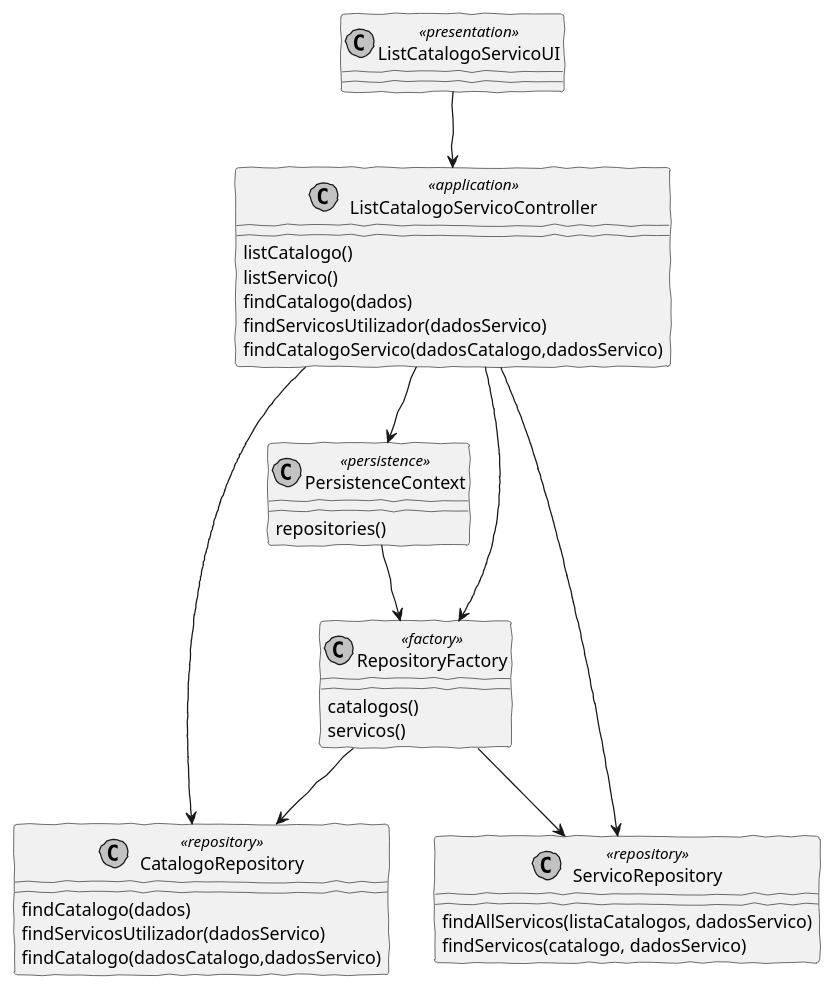
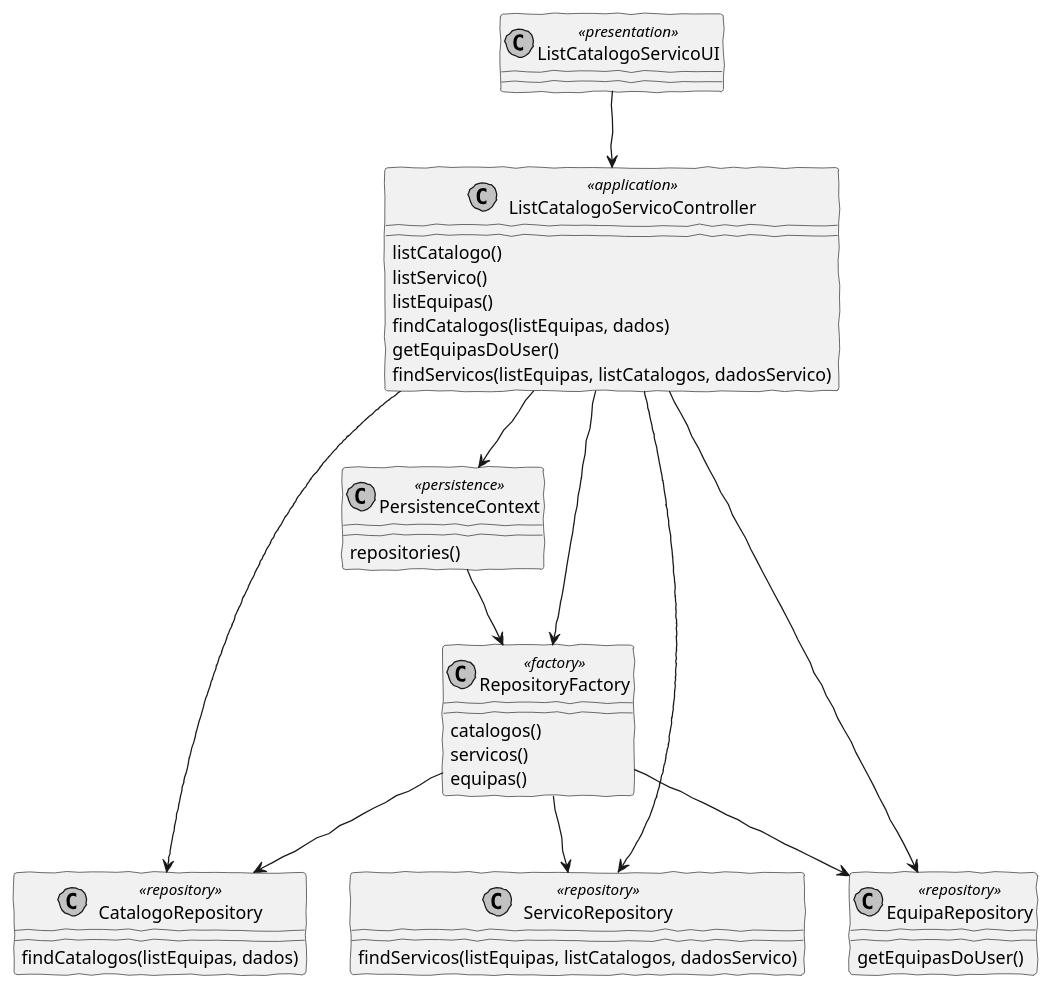
The diagram in docs/US3001/CD3001.puml (pedrolemos4/LAPR4), drawn with PlantUML before and after one commit. The commit also changed 4 other files, not shown here.

```diff
--- a/docs/US3001/CD3001.puml
+++ b/docs/US3001/CD3001.puml
@@ -1,44 +1,48 @@
 @startuml
 'http://plantuml.com/skinparam.html
 skinparam handwritten true
 skinparam monochrome true
 skinparam packageStyle rect
 skinparam defaultFontName FG Virgil
 skinparam shadowing false
 
 class ListCatalogoServicoUI <<presentation>>
 class ListCatalogoServicoController <<application>>
 class PersistenceContext <<persistence>>
 class RepositoryFactory <<factory>>
 class CatalogoRepository <<repository>>
 class ServicoRepository <<repository>>
+class EquipaRepository <<repository>>
 
 
 ListCatalogoServicoUI --> ListCatalogoServicoController
 ListCatalogoServicoController : listCatalogo()
 ListCatalogoServicoController : listServico()
+ListCatalogoServicoController : listEquipas()
 
-ListCatalogoServicoController : findCatalogo(dados)
-ListCatalogoServicoController : findServicosUtilizador(dadosServico)
-ListCatalogoServicoController : findCatalogoServico(dadosCatalogo,dadosServico)
+ListCatalogoServicoController : findCatalogos(listEquipas, dados)
+ListCatalogoServicoController : getEquipasDoUser()
+ListCatalogoServicoController : findServicos(listEquipas, listCatalogos, dadosServico)
 
 ListCatalogoServicoController --> CatalogoRepository
 ListCatalogoServicoController --> ServicoRepository
+ListCatalogoServicoController --> EquipaRepository
 ListCatalogoServicoController --> PersistenceContext
 PersistenceContext : repositories()
 ListCatalogoServicoController --> RepositoryFactory
 RepositoryFactory : catalogos()
 RepositoryFactory : servicos()
+RepositoryFactory : equipas()
 
 PersistenceContext --> RepositoryFactory
 RepositoryFactory --> CatalogoRepository
 RepositoryFactory --> ServicoRepository
+RepositoryFactory --> EquipaRepository
 
-CatalogoRepository : findCatalogo(dados)
-CatalogoRepository : findServicosUtilizador(dadosServico)
-CatalogoRepository : findCatalogo(dadosCatalogo,dadosServico)
+EquipaRepository : getEquipasDoUser()
 
-ServicoRepository : findAllServicos(listaCatalogos, dadosServico)
-ServicoRepository : findServicos(catalogo, dadosServico)
+CatalogoRepository : findCatalogos(listEquipas, dados)
+
+ServicoRepository : findServicos(listEquipas, listCatalogos, dadosServico)
 
 @enduml
```
